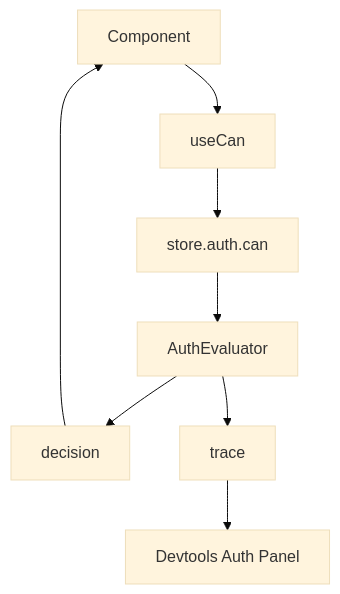
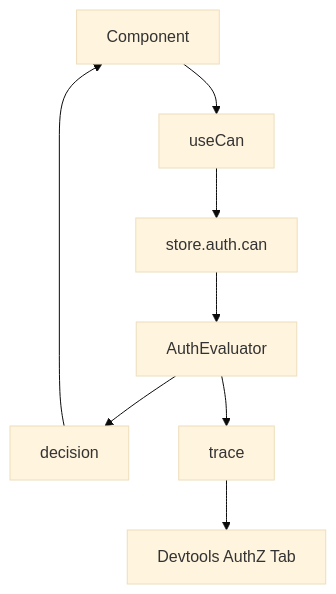
One commit to crs48/xNet changed the diagram in docs/plans/plan03_9_7Authorization/08-react-devtools-and-dx.md. Above: the diagram before and after it, drawn with Mermaid (base theme). The commit also changed other lines of this file and 1 other file, not shown here.

Commit message:
docs(plans): require devtools authz tab for auth tooling

````diff
--- a/docs/plans/plan03_9_7Authorization/08-react-devtools-and-dx.md
+++ b/docs/plans/plan03_9_7Authorization/08-react-devtools-and-dx.md
@@ -58,10 +80,10 @@
 ```mermaid
 flowchart TB
   A[Component] --> B[useCan]
   B --> C[store.auth.can]
   C --> D[AuthEvaluator]
   D --> E[decision]
   E --> A
   D --> F[trace]
-  F --> G[Devtools Auth Panel]
+  F --> G[Devtools AuthZ Tab]
 ```
````
